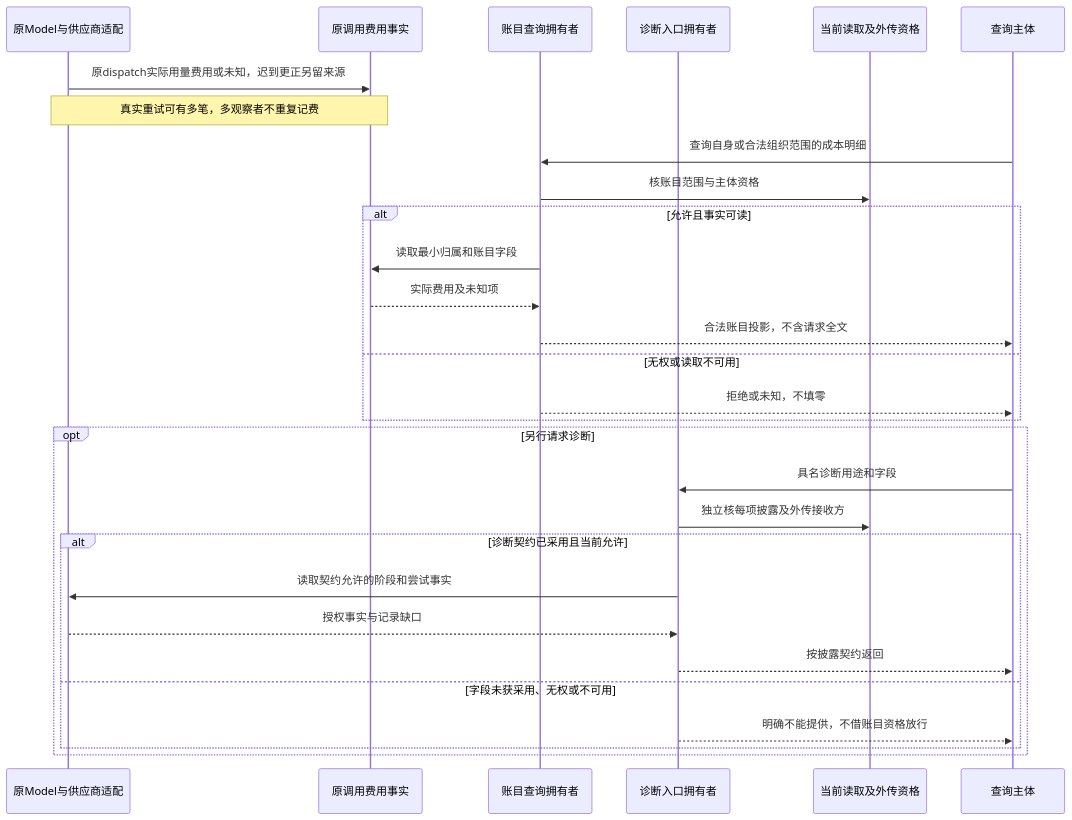
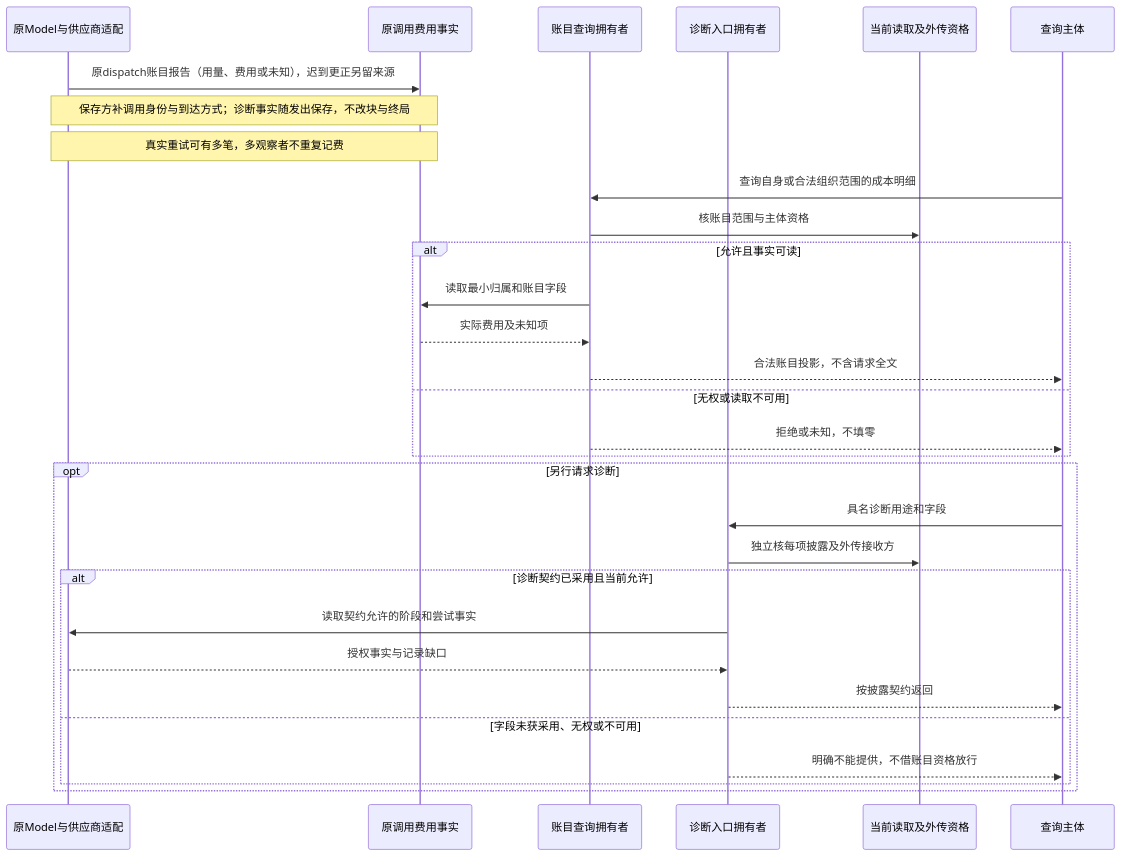
The seventh of 16 diagrams in packages/model/model/docs/flows.md (nemori-ai/omne-harness-lite), drawn with Mermaid before and after one commit. The commit also changed other lines of this file and 7 other files, not shown here.

````diff
--- a/packages/model/model/docs/flows.md
+++ b/packages/model/model/docs/flows.md
@@ -309,31 +309,32 @@
 ```mermaid
 sequenceDiagram
   participant M as 原Model与供应商适配
   participant B as 原调用费用事实
   participant Q as 账目查询拥有者
   participant D as 诊断入口拥有者
   participant A as 当前读取及外传资格
   participant U as 查询主体
-  M->>B: 原dispatch实际用量费用或未知，迟到更正另留来源
+  M->>B: 原dispatch账目报告（用量、费用或未知），迟到更正另留来源
+  Note over M,B: 保存方补调用身份与到达方式；诊断事实随发出保存，不改块与终局
   Note over M,B: 真实重试可有多笔，多观察者不重复记费
   U->>Q: 查询自身或合法组织范围的成本明细
   Q->>A: 核账目范围与主体资格
   alt 允许且事实可读
     Q->>B: 读取最小归属和账目字段
     B-->>Q: 实际费用及未知项
     Q-->>U: 合法账目投影，不含请求全文
   else 无权或读取不可用
     Q-->>U: 拒绝或未知，不填零
   end
   opt 另行请求诊断
     U->>D: 具名诊断用途和字段
     D->>A: 独立核每项披露及外传接收方
     alt 诊断契约已采用且当前允许
       D->>M: 读取契约允许的阶段和尝试事实
       M-->>D: 授权事实与记录缺口
       D-->>U: 按披露契约返回
     else 字段未获采用、无权或不可用
       D-->>U: 明确不能提供，不借账目资格放行
     end
   end
 ```
````
